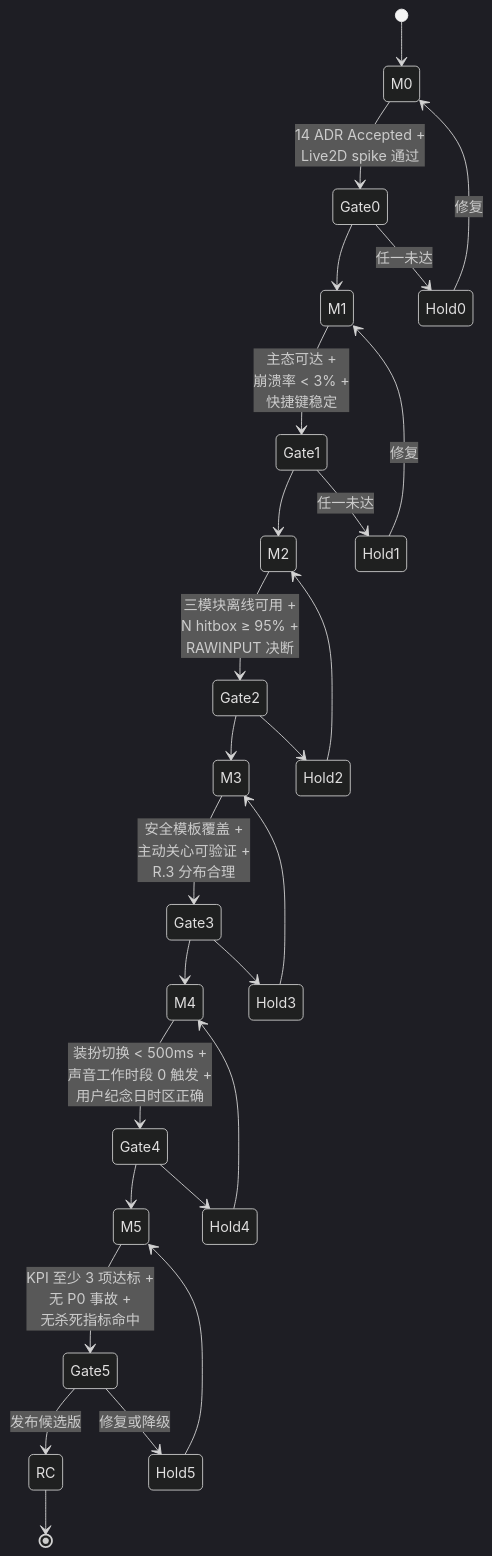
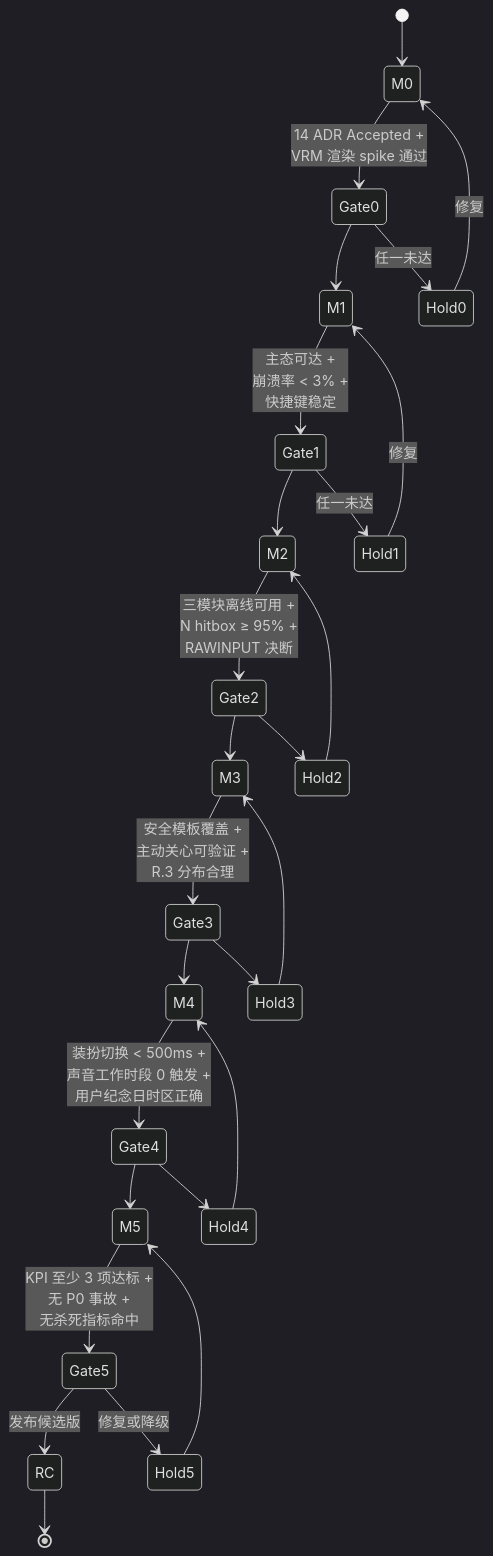
Before and after one commit to tl0502/aipet: diagram 13 of 16 in docs/AIPET-obsidian/2026-05-01-development-roadmap-v1.0.md, drawn with Mermaid (dark theme). The commit also changed other lines of this file and 11 other files, not shown here.

First line of the commit message:
docs(baseline): align v1.0 to VRM, supersede Live2D ADR-002/003

````diff
--- a/docs/AIPET-obsidian/2026-05-01-development-roadmap-v1.0.md
+++ b/docs/AIPET-obsidian/2026-05-01-development-roadmap-v1.0.md
@@ -596,34 +596,34 @@
 ```mermaid
 stateDiagram-v2
     [*] --> M0
-    M0 --> Gate0: 14 ADR Accepted +<br/>Live2D spike 通过
+    M0 --> Gate0: 14 ADR Accepted +<br/>VRM 渲染 spike 通过
     Gate0 --> M1
     Gate0 --> Hold0: 任一未达
     Hold0 --> M0: 修复
 
     M1 --> Gate1: 主态可达 +<br/>崩溃率 < 3% +<br/>快捷键稳定
     Gate1 --> M2
     Gate1 --> Hold1: 任一未达
     Hold1 --> M1: 修复
 
     M2 --> Gate2: 三模块离线可用 +<br/>N hitbox ≥ 95% +<br/>RAWINPUT 决断
     Gate2 --> M3
     Gate2 --> Hold2
     Hold2 --> M2
 
     M3 --> Gate3: 安全模板覆盖 +<br/>主动关心可验证 +<br/>R.3 分布合理
     Gate3 --> M4
     Gate3 --> Hold3
     Hold3 --> M3
 
     M4 --> Gate4: 装扮切换 < 500ms +<br/>声音工作时段 0 触发 +<br/>用户纪念日时区正确
     Gate4 --> M5
     Gate4 --> Hold4
     Hold4 --> M4
 
     M5 --> Gate5: KPI 至少 3 项达标 +<br/>无 P0 事故 +<br/>无杀死指标命中
     Gate5 --> RC: 发布候选版
     Gate5 --> Hold5: 修复或降级
     Hold5 --> M5
     RC --> [*]
 ```
````
